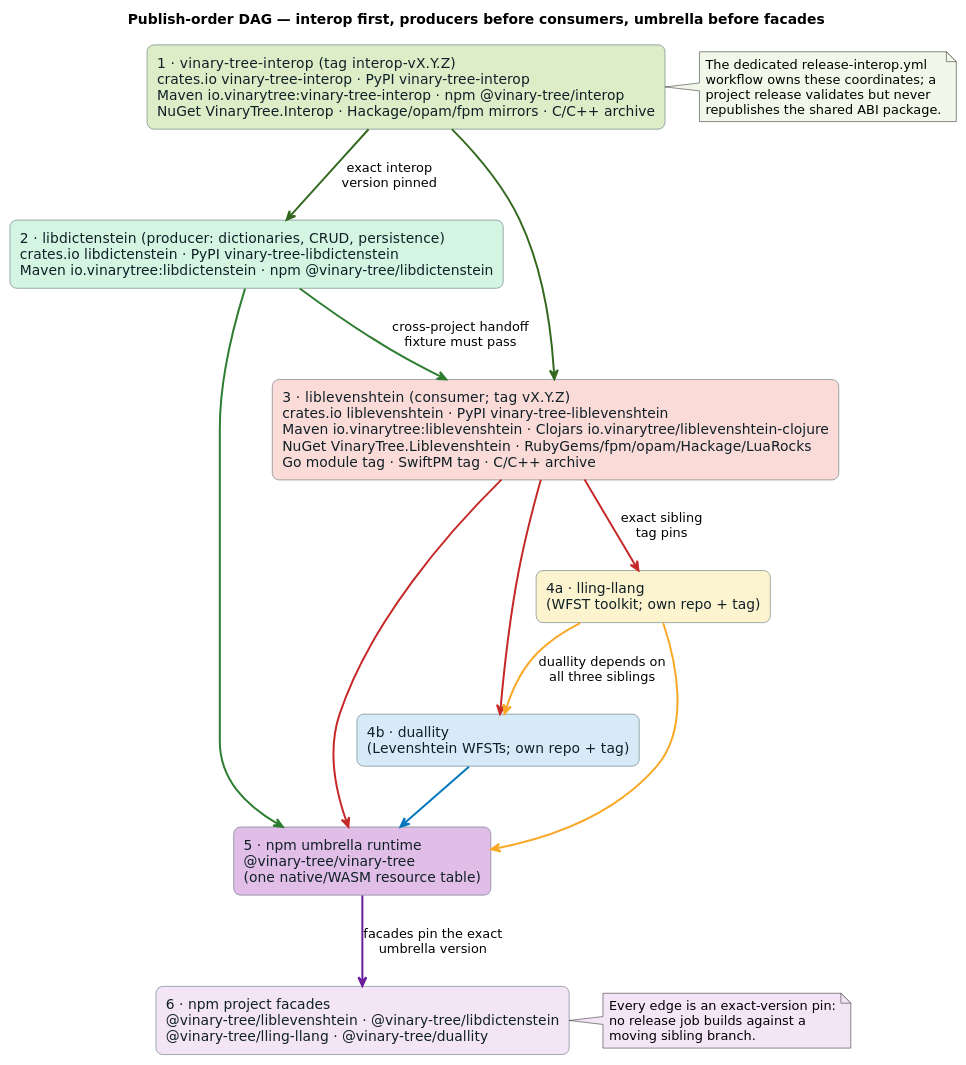
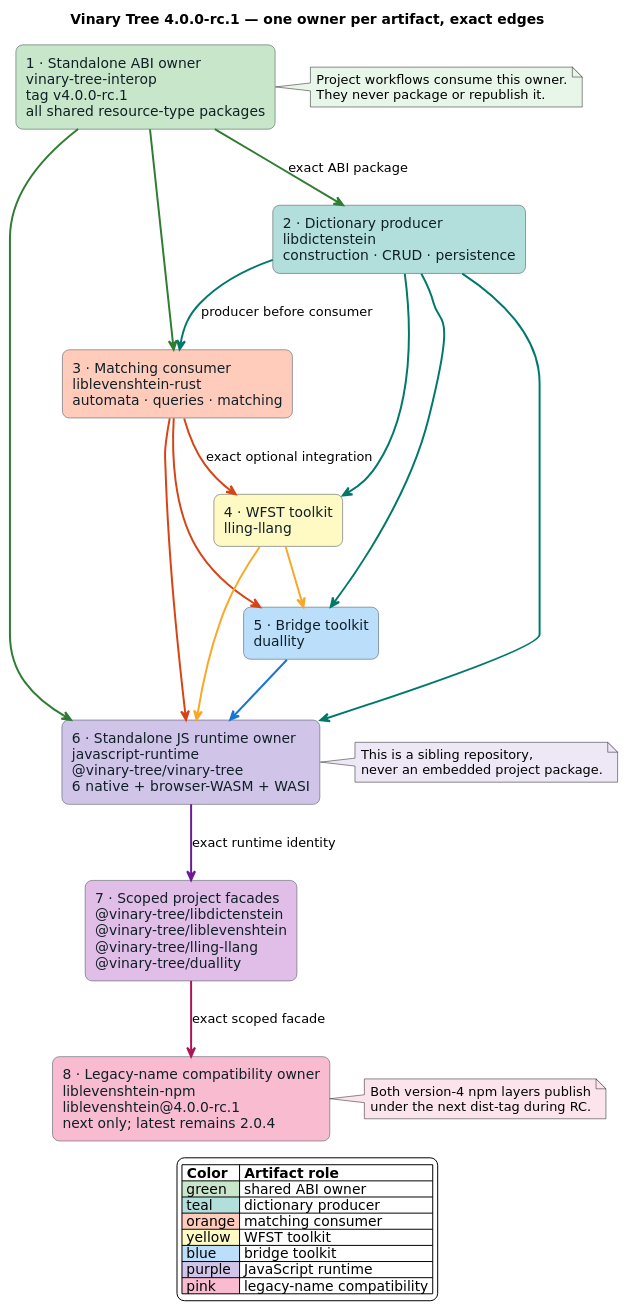
One commit to vinary-tree/liblevenshtein-rust changed the diagram in docs/diagrams/bindings/registry-topology.puml. Above: the diagram before and after it, drawn with PlantUML. The commit also changed 190 other files, not shown here.

First line of the commit message:
feat(release): decompose artifact ownership for the 4.0.0-rc.1 family

```diff
--- a/docs/diagrams/bindings/registry-topology.puml
+++ b/docs/diagrams/bindings/registry-topology.puml
@@ -1,64 +1,70 @@
 @startuml registry-topology
-' The publish-order DAG across package registries: the shared interop package
-' publishes first, then the producer (libdictenstein), then this consumer
-' (liblevenshtein), then the sibling WFST projects, and finally the npm
-' umbrella runtime followed by its lightweight project facades. Solid arrows
-' are "must be published before"; each node lists its public coordinates.
-' Color: family palette — interop #DCEDC8 (#33691E), libdictenstein #D5F5E3,
-'   liblevenshtein #FADBD8, lling-llang #FCF3CF, duallity #D6EAF8; npm
-'   umbrella + facades = engines purple #E1BEE7 / tint #F3E5F5 (#6A1B9A).
-' Source of truth: docs/releasing-language-bindings.md ("Exact release
-'   sequence"), bindings/related-projects.json, .github/workflows/
-'   release-interop.yml and release.yml.
+' Normative release ownership and publish-order DAG for 4.0.0-rc.1.
 skinparam backgroundColor #FFFFFF
 skinparam shadowing false
 skinparam defaultFontName "DejaVu Sans"
 skinparam rectangle {
   RoundCorner 14
-  BorderColor #455A64
+  BorderColor #37474F
   FontColor #102027
 }
 skinparam ArrowColor #37474F
 skinparam ArrowThickness 2
 top to bottom direction
 
-title Publish-order DAG — interop first, producers before consumers, umbrella before facades
+title Vinary Tree 4.0.0-rc.1 — one owner per artifact, exact edges
 
-rectangle "1 · vinary-tree-interop  (tag interop-vX.Y.Z)\ncrates.io vinary-tree-interop · PyPI vinary-tree-interop\nMaven io.vinarytree:vinary-tree-interop · npm @vinary-tree/interop\nNuGet VinaryTree.Interop · Hackage/opam/fpm mirrors · C/C++ archive" as INTEROP #DCEDC8
+rectangle "1 · Standalone ABI owner\nvinary-tree-interop\ntag v4.0.0-rc.1\nall shared resource-type packages" as INTEROP #C8E6C9
 
-rectangle "2 · libdictenstein  (producer: dictionaries, CRUD, persistence)\ncrates.io libdictenstein · PyPI vinary-tree-libdictenstein\nMaven io.vinarytree:libdictenstein · npm @vinary-tree/libdictenstein" as LDICT #D5F5E3
+rectangle "2 · Dictionary producer\nlibdictenstein\nconstruction · CRUD · persistence" as LDICT #B2DFDB
+rectangle "3 · Matching consumer\nliblevenshtein-rust\nautomata · queries · matching" as LLEV #FFCCBC
+rectangle "4 · WFST toolkit\nlling-llang" as LLING #FFF9C4
+rectangle "5 · Bridge toolkit\nduallity" as DUAL #BBDEFB
 
-rectangle "3 · liblevenshtein  (consumer; tag vX.Y.Z)\ncrates.io liblevenshtein · PyPI vinary-tree-liblevenshtein\nMaven io.vinarytree:liblevenshtein · Clojars io.vinarytree/liblevenshtein-clojure\nNuGet VinaryTree.Liblevenshtein · RubyGems/fpm/opam/Hackage/LuaRocks\nGo module tag · SwiftPM tag · C/C++ archive" as LLEV #FADBD8
+rectangle "6 · Standalone JS runtime owner\njavascript-runtime\n@vinary-tree/vinary-tree\n6 native + browser-WASM + WASI" as RUNTIME #D1C4E9
+rectangle "7 · Scoped project facades\n@vinary-tree/libdictenstein\n@vinary-tree/liblevenshtein\n@vinary-tree/lling-llang\n@vinary-tree/duallity" as SCOPED #E1BEE7
+rectangle "8 · Legacy-name compatibility owner\nliblevenshtein-npm\nliblevenshtein@4.0.0-rc.1\nnext only; latest remains 2.0.4" as COMPAT #F8BBD0
 
-rectangle "4a · lling-llang\n(WFST toolkit; own repo + tag)" as LLING #FCF3CF
-rectangle "4b · duallity\n(Levenshtein WFSTs; own repo + tag)" as DUAL #D6EAF8
+INTEROP -[#2E7D32]-> LDICT : exact ABI package
+INTEROP -[#2E7D32]-> LLEV
+LDICT -[#00796B]-> LLEV : producer before consumer
+LLEV -[#D84315]-> LLING : exact optional integration
+LDICT -[#00796B]-> LLING
+LLING -[#F9A825]-> DUAL
+LLEV -[#D84315]-> DUAL
+LDICT -[#00796B]-> DUAL
 
-rectangle "5 · npm umbrella runtime\n@vinary-tree/vinary-tree\n(one native/WASM resource table)" as UMBRELLA #E1BEE7
+INTEROP -[#2E7D32]-> RUNTIME
+LDICT -[#00796B]-> RUNTIME
+LLEV -[#D84315]-> RUNTIME
+LLING -[#F9A825]-> RUNTIME
+DUAL -[#1976D2]-> RUNTIME
+RUNTIME -[#6A1B9A]-> SCOPED : exact runtime identity
+SCOPED -[#AD1457]-> COMPAT : exact scoped facade
 
-rectangle "6 · npm project facades\n@vinary-tree/liblevenshtein · @vinary-tree/libdictenstein\n@vinary-tree/lling-llang · @vinary-tree/duallity" as FACADES #F3E5F5
-
-INTEROP -[#33691E]-> LDICT : exact interop\nversion pinned
-INTEROP -[#33691E]-> LLEV
-LDICT -[#2E7D32]-> LLEV : cross-project handoff\nfixture must pass
-LLEV -[#C62828]-> LLING : exact sibling\ntag pins
-LLEV -[#C62828]-> DUAL
-LLING -[#F9A825]-> DUAL : duallity depends on\nall three siblings
-LDICT -[#2E7D32]-> UMBRELLA
-LLEV -[#C62828]-> UMBRELLA
-LLING -[#F9A825]-> UMBRELLA
-DUAL -[#0277BD]-> UMBRELLA
-UMBRELLA -[#6A1B9A]-> FACADES : facades pin the exact\numbrella version
-
-note right of INTEROP #F1F8E9
-  The dedicated release-interop.yml
-  workflow owns these coordinates; a
-  project release validates but never
-  republishes the shared ABI package.
+note right of INTEROP #E8F5E9
+  Project workflows consume this owner.
+  They never package or republish it.
 end note
 
-note right of FACADES #F3E5F5
-  Every edge is an exact-version pin:
-  no release job builds against a
-  moving sibling branch.
+note right of RUNTIME #EDE7F6
+  This is a sibling repository,
+  never an embedded project package.
 end note
+
+note right of COMPAT #FCE4EC
+  Both version-4 npm layers publish
+  under the next dist-tag during RC.
+end note
+
+legend bottom
+  |= Color |= Artifact role |
+  |<#C8E6C9> green | shared ABI owner |
+  |<#B2DFDB> teal | dictionary producer |
+  |<#FFCCBC> orange | matching consumer |
+  |<#FFF9C4> yellow | WFST toolkit |
+  |<#BBDEFB> blue | bridge toolkit |
+  |<#D1C4E9> purple | JavaScript runtime |
+  |<#F8BBD0> pink | legacy-name compatibility |
+endlegend
 @enduml
```
